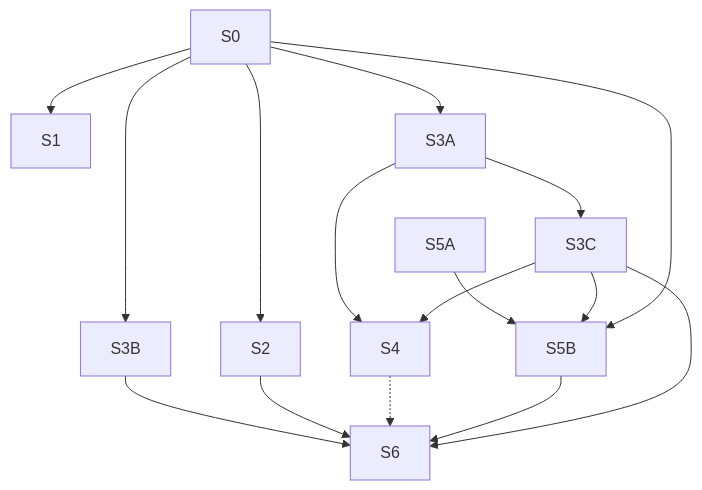
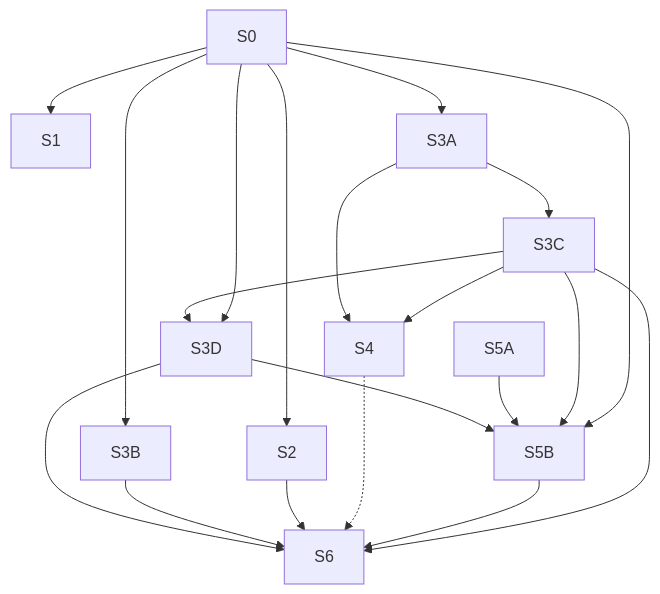
The diagram in td/TD53-AGENT-FIRST-DOCS-ROUTING-AND-INTEGRITY.md (lmmoreira/ikaro), drawn with Mermaid before and after one commit. The commit also changed other lines of this file, not shown here.

````diff
--- a/td/TD53-AGENT-FIRST-DOCS-ROUTING-AND-INTEGRITY.md
+++ b/td/TD53-AGENT-FIRST-DOCS-ROUTING-AND-INTEGRITY.md
@@ -286,18 +287,22 @@
 ```mermaid
 graph TD
   S0 --> S1
   S0 --> S2
   S0 --> S3A
   S0 --> S3B
   S3A --> S3C
+  S3C --> S3D
+  S0 --> S3D
+  S3D --> S5B
+  S3D --> S6
   S3A --> S4
   S3C --> S4
   S5A --> S5B
   S3C --> S5B
   S0 --> S5B
   S3B --> S6
   S2 --> S6
   S4 -.-> S6
   S5B --> S6
   S3C --> S6
 ```
````
